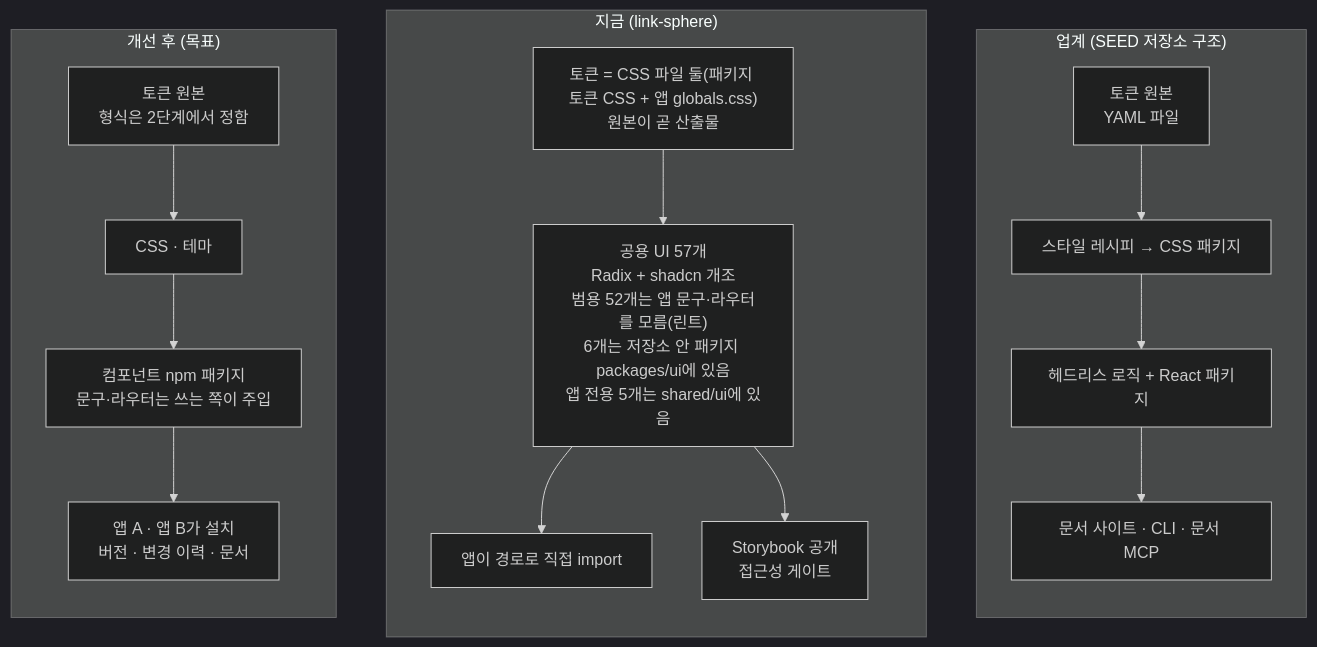
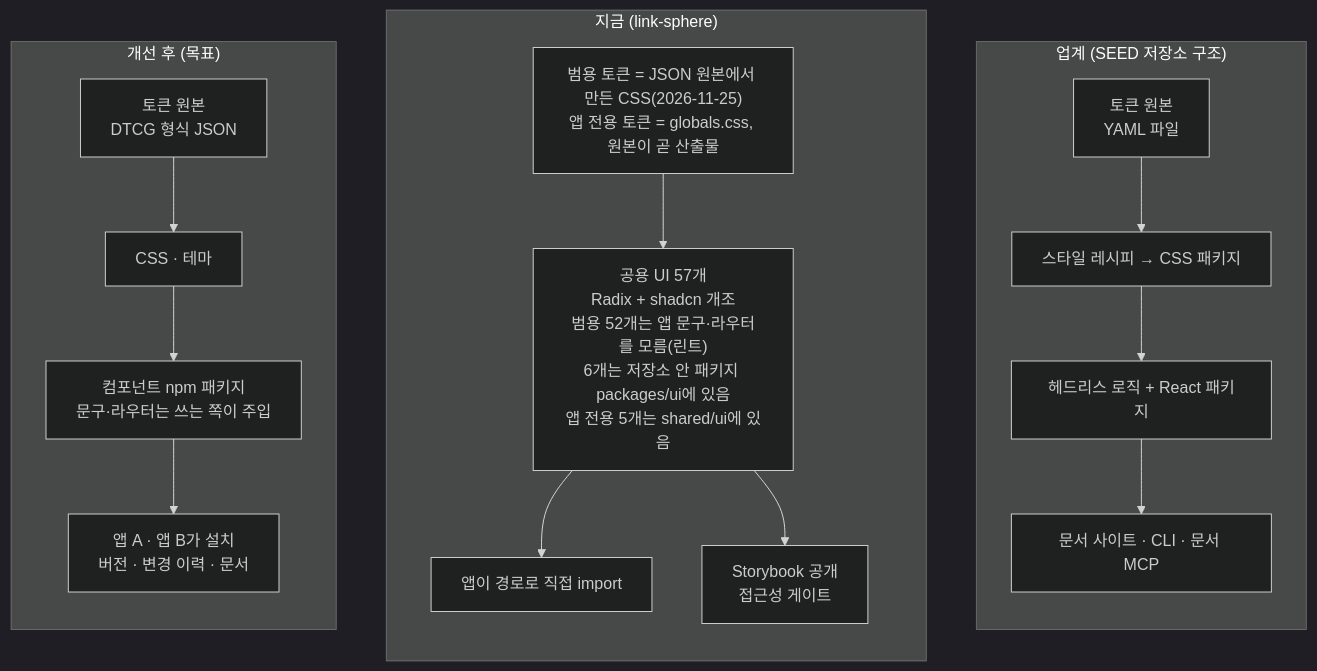
Before and after one commit to BAECHAN/link-sphere_FE_NEW: the diagram in docs/DESIGN-SYSTEM-ROADMAP.md, drawn with Mermaid (dark theme). The commit also changed other lines of this file and 40 other files, not shown here.

First line of the commit message:
refactor(ui): 범용 토큰을 DTCG 원본에서 생성하도록 바꿈 (#687)

````diff
--- a/docs/DESIGN-SYSTEM-ROADMAP.md
+++ b/docs/DESIGN-SYSTEM-ROADMAP.md
@@ -51,21 +51,21 @@
 ```mermaid
 flowchart TB
     subgraph std ["업계 (SEED 저장소 구조)"]
         direction TB
         S1["토큰 원본<br/>YAML 파일"] --> S2["스타일 레시피 → CSS 패키지"]
         S2 --> S3["헤드리스 로직 + React 패키지"]
         S3 --> S4["문서 사이트 · CLI · 문서 MCP"]
     end
     subgraph now ["지금 (link-sphere)"]
         direction TB
-        N1["토큰 = CSS 파일 둘(패키지 토큰 CSS + 앱 globals.css)<br/>원본이 곧 산출물"] --> N2["공용 UI 57개<br/>Radix + shadcn 개조<br/>범용 52개는 앱 문구·라우터를 모름(린트)<br/>6개는 저장소 안 패키지 packages/ui에 있음<br/>앱 전용 5개는 shared/ui에 있음"]
+        N1["범용 토큰 = JSON 원본에서 만든 CSS(2026-11-25)<br/>앱 전용 토큰 = globals.css, 원본이 곧 산출물"] --> N2["공용 UI 57개<br/>Radix + shadcn 개조<br/>범용 52개는 앱 문구·라우터를 모름(린트)<br/>6개는 저장소 안 패키지 packages/ui에 있음<br/>앱 전용 5개는 shared/ui에 있음"]
         N2 --> N3["앱이 경로로 직접 import"]
         N2 --> N4["Storybook 공개<br/>접근성 게이트"]
     end
     subgraph after ["개선 후 (목표)"]
         direction TB
-        A1["토큰 원본<br/>형식은 2단계에서 정함"] --> A2["CSS · 테마"]
+        A1["토큰 원본<br/>DTCG 형식 JSON"] --> A2["CSS · 테마"]
         A2 --> A3["컴포넌트 npm 패키지<br/>문구·라우터는 쓰는 쪽이 주입"]
         A3 --> A4["앱 A · 앱 B가 설치<br/>버전 · 변경 이력 · 문서"]
     end
 ```
````
